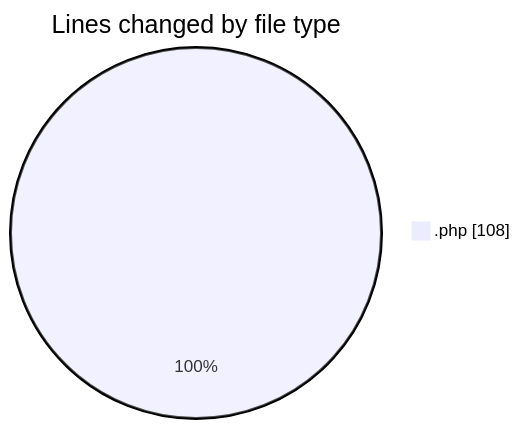
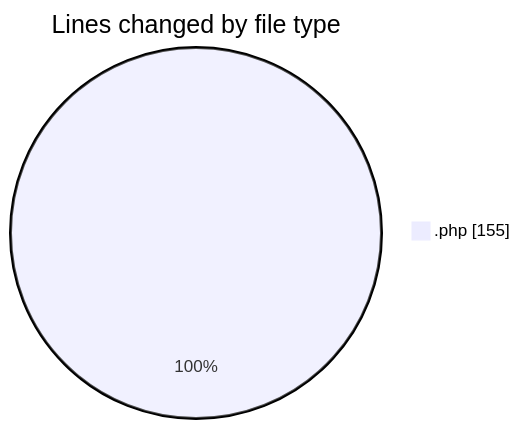
One commit to idhammustaqopulfikri/code-tracking changed the first of 2 diagrams in 2025-06-18/studio-backend/README.md. Above: the diagram before and after it, drawn with Mermaid. The commit also changed other lines of this file and 1 other file, not shown here.

````diff
--- a/2025-06-18/studio-backend/README.md
+++ b/2025-06-18/studio-backend/README.md
@@ -21,5 +21,5 @@
 ```mermaid
 pie showData
 title Lines changed by file type
-".php" : 108
+".php" : 155
 ```
````
